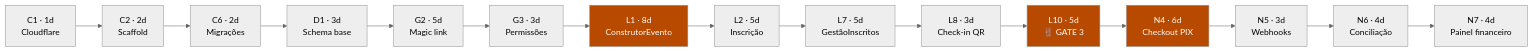
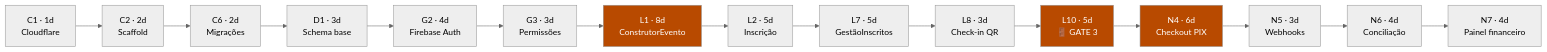
Before and after one commit to gfreiresantos95/KmZero: the second of 2 diagrams in docs/05-backlog-de-execucao.md, drawn with Mermaid (neutral theme). The commit also changed other lines of this file and 12 other files, not shown here.

````diff
--- a/docs/05-backlog-de-execucao.md
+++ b/docs/05-backlog-de-execucao.md
@@ -352,21 +352,21 @@
 ```mermaid
 graph LR
     C1["C1 · 1d<br/>Cloudflare"] --> C2["C2 · 2d<br/>Scaffold"]
     C2 --> C6["C6 · 2d<br/>Migrações"]
     C6 --> D1["D1 · 3d<br/>Schema base"]
-    D1 --> G2["G2 · 5d<br/>Magic link"]
+    D1 --> G2["G2 · 4d<br/>Firebase Auth"]
     G2 --> G3["G3 · 3d<br/>Permissões"]
     G3 --> L1["L1 · 8d<br/>ConstrutorEvento"]
     L1 --> L2["L2 · 5d<br/>Inscrição"]
     L2 --> L7["L7 · 5d<br/>GestãoInscritos"]
     L7 --> L8["L8 · 3d<br/>Check-in QR"]
     L8 --> L10["L10 · 5d<br/>🚪 GATE 3"]
     L10 --> N4["N4 · 6d<br/>Checkout PIX"]
     N4 --> N5["N5 · 3d<br/>Webhooks"]
     N5 --> N6["N6 · 4d<br/>Conciliação"]
     N6 --> N7["N7 · 4d<br/>Painel financeiro"]
 
     style L1 fill:#B84A00,color:#fff
     style L10 fill:#B84A00,color:#fff
     style N4 fill:#B84A00,color:#fff
 ```
````
